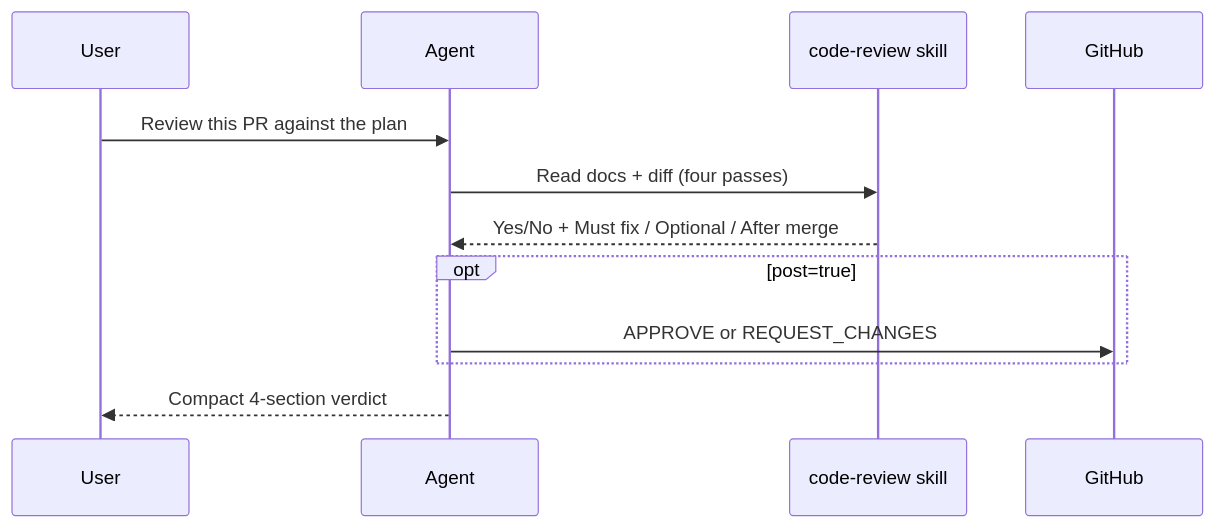
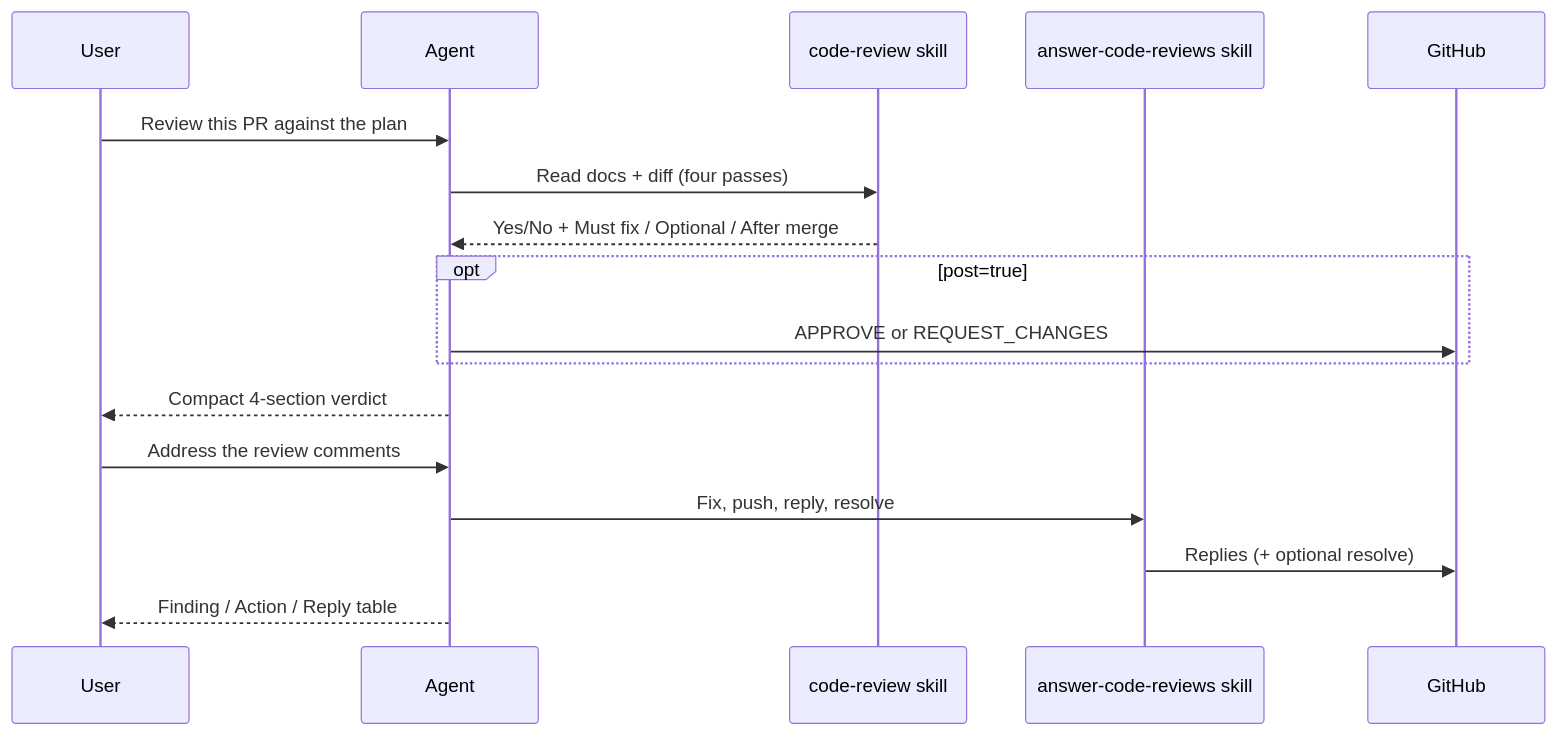
Before and after one commit to prapsky/agent-skills: the second of 2 diagrams in README.md, drawn with Mermaid. The commit also changed other lines of this file and 3 other files, not shown here.

Commit message:
Add a reusable answer-code-reviews skill so authors can clear review punch lists in any repo.

````diff
--- a/README.md
+++ b/README.md
@@ -87,15 +91,20 @@
 ```mermaid
 sequenceDiagram
   participant User
   participant Agent
   participant Review as code-review skill
+  participant Answer as answer-code-reviews skill
   participant GH as GitHub
 
   User->>Agent: Review this PR against the plan
   Agent->>Review: Read docs + diff (four passes)
   Review-->>Agent: Yes/No + Must fix / Optional / After merge
   opt post=true
     Agent->>GH: APPROVE or REQUEST_CHANGES
   end
   Agent-->>User: Compact 4-section verdict
+  User->>Agent: Address the review comments
+  Agent->>Answer: Fix, push, reply, resolve
+  Answer->>GH: Replies (+ optional resolve)
+  Agent-->>User: Finding / Action / Reply table
 ```
````
